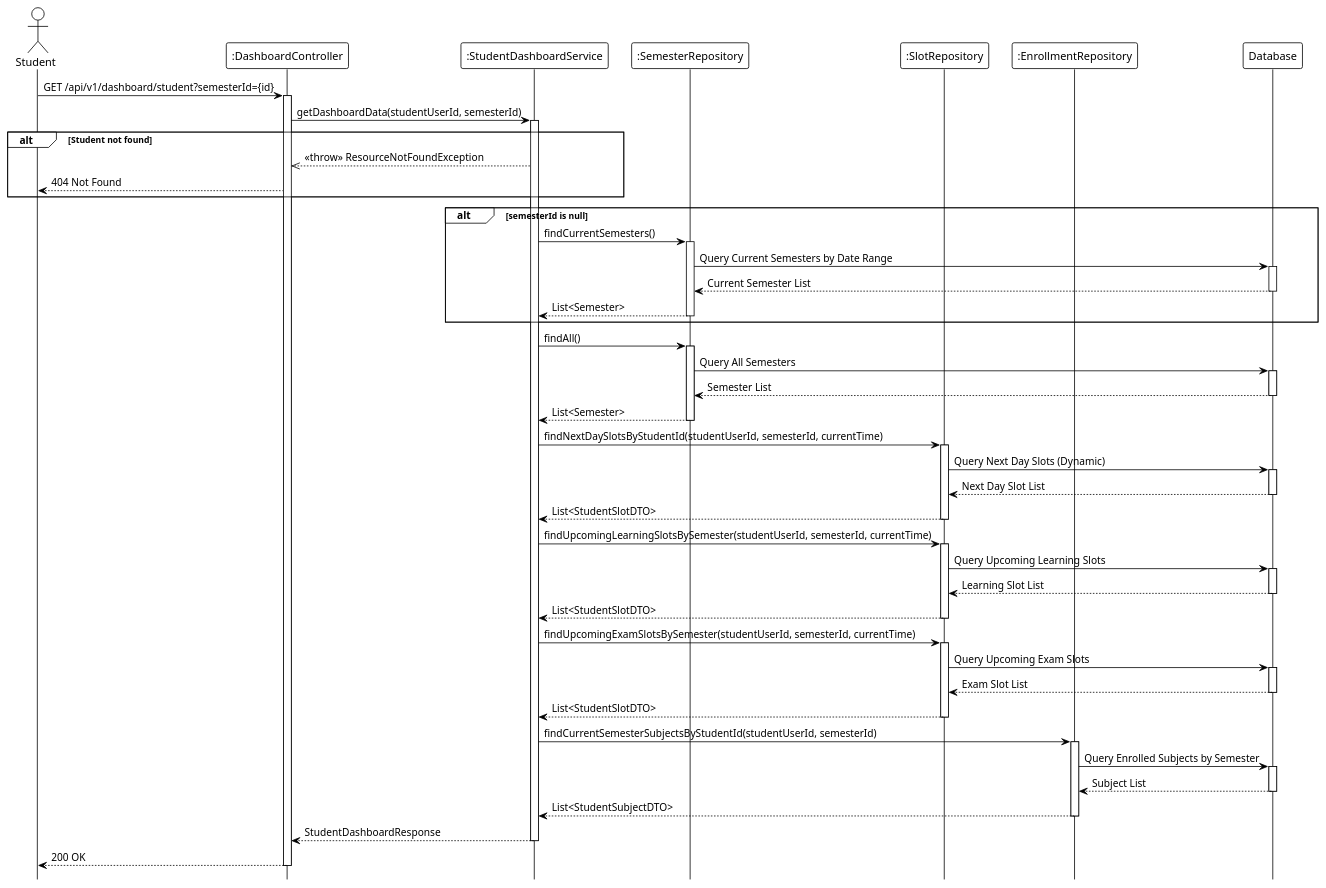
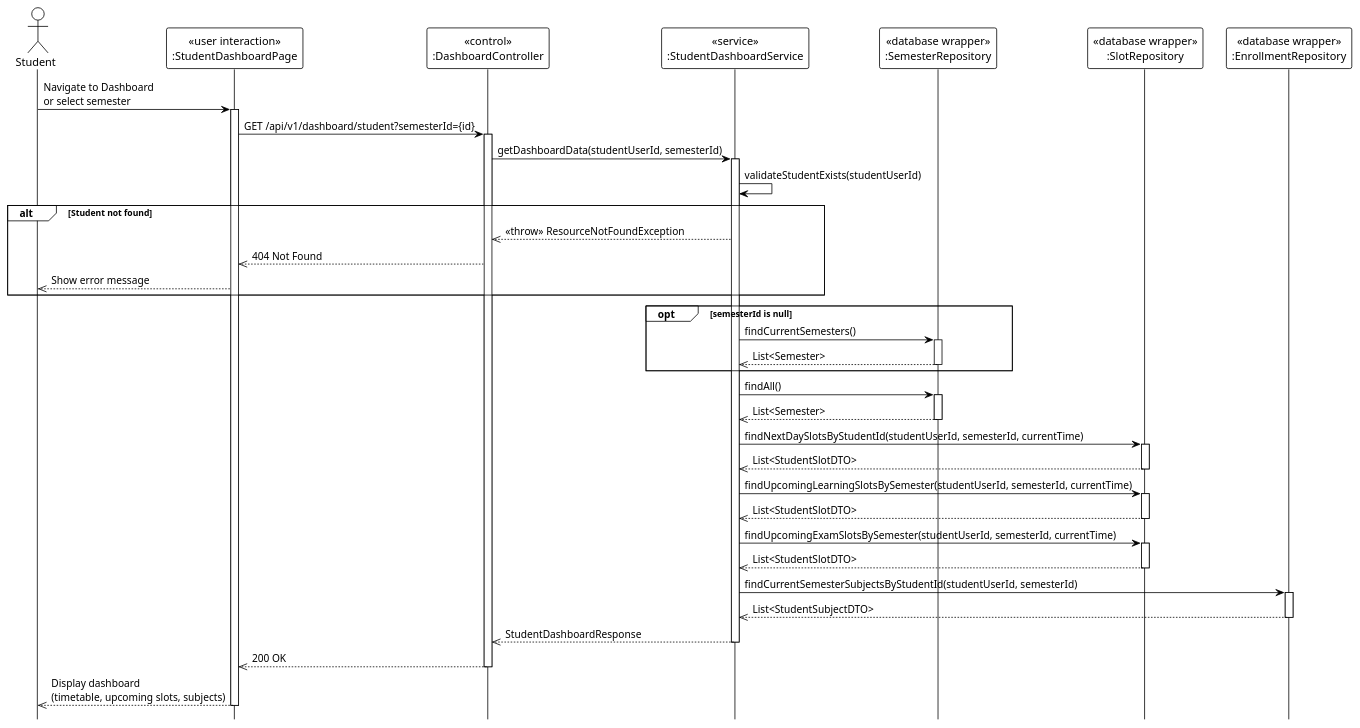
The diagram in system_detailed_design/76_view_student_timetable/sequence_diagram_view_student_timetable.puml (Ndh474/context), drawn with PlantUML before and after one commit. The commit also changed 13 other files, not shown here.

Commit message:
docs(system_detailed_design): add UML stereotypes to view and scanning sequence diagrams

```diff
--- a/system_detailed_design/76_view_student_timetable/sequence_diagram_view_student_timetable.puml
+++ b/system_detailed_design/76_view_student_timetable/sequence_diagram_view_student_timetable.puml
@@ -1,106 +1,80 @@
 @startuml view_student_timetable
 !theme plain
 hide footbox
 
-actor Student
-participant ":DashboardController" as Controller
-participant ":StudentDashboardService" as Service
-participant ":SemesterRepository" as SemesterRepo
-participant ":SlotRepository" as SlotRepo
-participant ":EnrollmentRepository" as EnrollmentRepo
-participant "Database" as DB
+actor "Student" as Student
 
-' --- MAIN FLOW ---
-Student -> Controller: GET /api/v1/dashboard/student?semesterId={id}
+participant "«user interaction»\n:StudentDashboardPage" as UI
+participant "«control»\n:DashboardController" as Controller
+participant "«service»\n:StudentDashboardService" as Service
+participant "«database wrapper»\n:SemesterRepository" as SemesterRepo
+participant "«database wrapper»\n:SlotRepository" as SlotRepo
+participant "«database wrapper»\n:EnrollmentRepository" as EnrollmentRepo
+
+' === MAIN FLOW ===
+Student -> UI: Navigate to Dashboard\nor select semester
+activate UI
+
+UI -> Controller: GET /api/v1/dashboard/student?semesterId={id}
 activate Controller
 
 Controller -> Service: getDashboardData(studentUserId, semesterId)
 activate Service
 
-' Validation logic (internal: check student exists)
+' === VALIDATION ===
+Service -> Service: validateStudentExists(studentUserId)
 
 alt Student not found
     Service -->> Controller: <<throw>> ResourceNotFoundException
-    Controller --> Student: 404 Not Found
+    Controller -->> UI: 404 Not Found
+    UI -->> Student: Show error message
 end
 
-alt semesterId is null
+' === GET CURRENT SEMESTER (if not specified) ===
+opt semesterId is null
     Service -> SemesterRepo: findCurrentSemesters()
     activate SemesterRepo
-    
-    SemesterRepo -> DB: Query Current Semesters by Date Range
-    activate DB
-    DB --> SemesterRepo: Current Semester List
-    deactivate DB
-    
-    SemesterRepo --> Service: List<Semester>
+    SemesterRepo -->> Service: List<Semester>
     deactivate SemesterRepo
 end
 
-' --- GET ALL SEMESTERS FOR DROPDOWN ---
+' === GET ALL SEMESTERS FOR DROPDOWN ===
 Service -> SemesterRepo: findAll()
 activate SemesterRepo
-
-SemesterRepo -> DB: Query All Semesters
-activate DB
-DB --> SemesterRepo: Semester List
-deactivate DB
-
-SemesterRepo --> Service: List<Semester>
+SemesterRepo -->> Service: List<Semester>
 deactivate SemesterRepo
 
-' --- GET NEXT DAY SLOTS ---
+' === GET NEXT DAY SLOTS ===
 Service -> SlotRepo: findNextDaySlotsByStudentId(studentUserId, semesterId, currentTime)
 activate SlotRepo
-
-SlotRepo -> DB: Query Next Day Slots (Dynamic)
-activate DB
-DB --> SlotRepo: Next Day Slot List
-deactivate DB
-
-SlotRepo --> Service: List<StudentSlotDTO>
+SlotRepo -->> Service: List<StudentSlotDTO>
 deactivate SlotRepo
 
-' --- GET UPCOMING LEARNING SLOTS ---
+' === GET UPCOMING LEARNING SLOTS ===
 Service -> SlotRepo: findUpcomingLearningSlotsBySemester(studentUserId, semesterId, currentTime)
 activate SlotRepo
-
-SlotRepo -> DB: Query Upcoming Learning Slots
-activate DB
-DB --> SlotRepo: Learning Slot List
-deactivate DB
-
-SlotRepo --> Service: List<StudentSlotDTO>
+SlotRepo -->> Service: List<StudentSlotDTO>
 deactivate SlotRepo
 
-' --- GET UPCOMING EXAM SLOTS ---
+' === GET UPCOMING EXAM SLOTS ===
 Service -> SlotRepo: findUpcomingExamSlotsBySemester(studentUserId, semesterId, currentTime)
 activate SlotRepo
-
-SlotRepo -> DB: Query Upcoming Exam Slots
-activate DB
-DB --> SlotRepo: Exam Slot List
-deactivate DB
-
-SlotRepo --> Service: List<StudentSlotDTO>
+SlotRepo -->> Service: List<StudentSlotDTO>
 deactivate SlotRepo
 
-' --- GET SEMESTER SUBJECTS ---
+' === GET ENROLLED SUBJECTS ===
 Service -> EnrollmentRepo: findCurrentSemesterSubjectsByStudentId(studentUserId, semesterId)
 activate EnrollmentRepo
-
-EnrollmentRepo -> DB: Query Enrolled Subjects by Semester
-activate DB
-DB --> EnrollmentRepo: Subject List
-deactivate DB
-
-EnrollmentRepo --> Service: List<StudentSubjectDTO>
+EnrollmentRepo -->> Service: List<StudentSubjectDTO>
 deactivate EnrollmentRepo
 
-Service --> Controller: StudentDashboardResponse
+Service -->> Controller: StudentDashboardResponse
 deactivate Service
 
-Controller --> Student: 200 OK
+Controller -->> UI: 200 OK
 deactivate Controller
 
+UI -->> Student: Display dashboard\n(timetable, upcoming slots, subjects)
+deactivate UI
+
 @enduml
```
